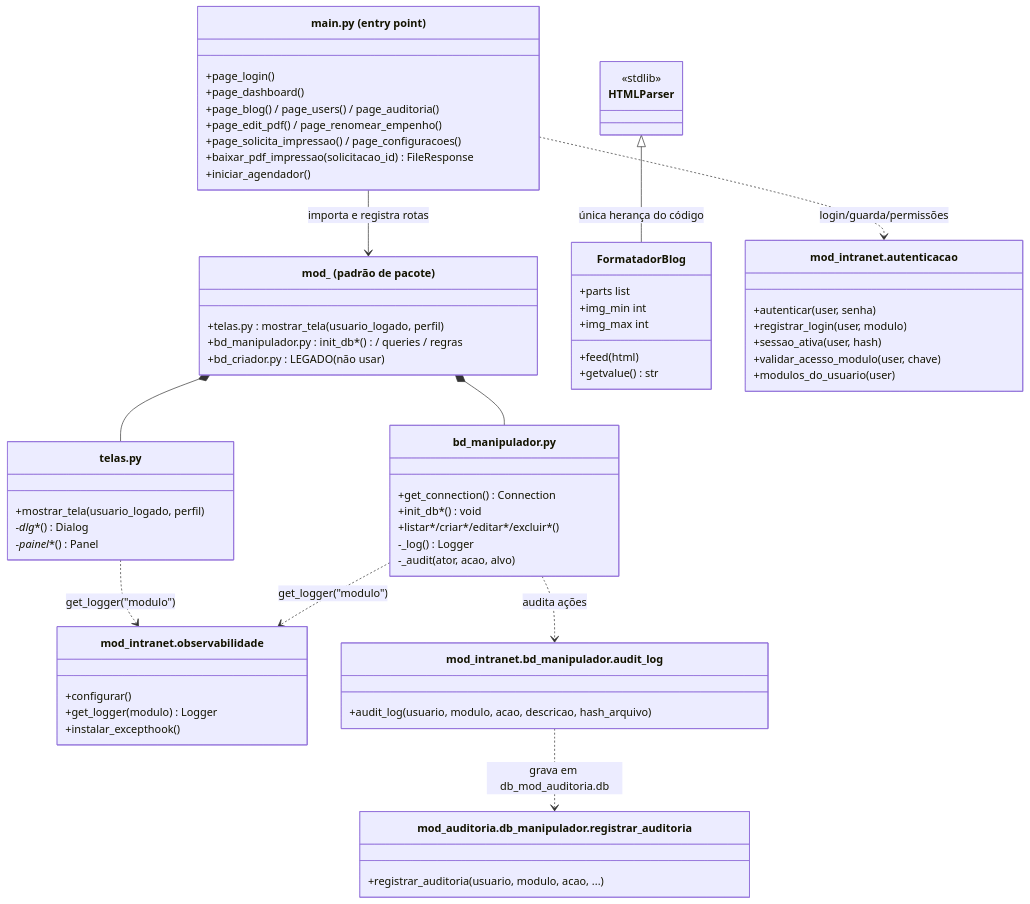
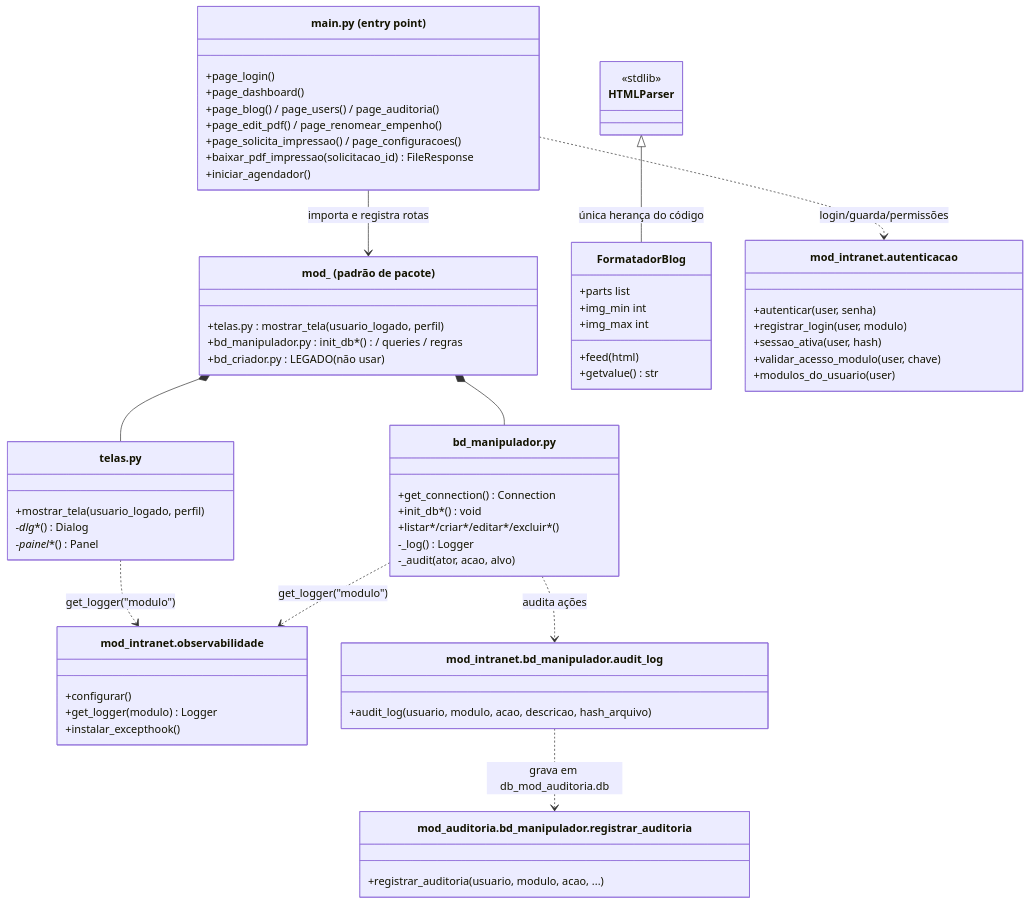
The third of 3 diagrams in docs/requisitos.md (klaytonPrinceMS/intranet), drawn with Mermaid before and after one commit. The commit also changed 37 other files, not shown here.

````diff
--- a/docs/requisitos.md
+++ b/docs/requisitos.md
@@ -484,67 +484,67 @@
 ```mermaid
 classDiagram
     class main_py["main.py (entry point)"] {
         +page_login()
         +page_dashboard()
         +page_blog() / page_users() / page_auditoria()
         +page_edit_pdf() / page_renomear_empenho()
         +page_solicita_impressao() / page_configuracoes()
         +baixar_pdf_impressao(solicitacao_id) FileResponse
         +iniciar_agendador()
     }
     class ModuloNegocio["mod_<nome> (padrão de pacote)"] {
         +telas.py : mostrar_tela(usuario_logado, perfil)
         +bd_manipulador.py : init_db*() / queries / regras
         +bd_criador.py : LEGADO (não usar)
     }
     class ManipuladorBD["bd_manipulador.py"] {
         +get_connection() Connection
         +init_db*() void
         +listar*/criar*/editar*/excluir*()
         -_log() Logger
         -_audit(ator, acao, alvo)
     }
     class Telas["telas.py"] {
         +mostrar_tela(usuario_logado, perfil)
         -_dlg_*() Dialog
         -_painel_*() Panel
     }
     class FormatadorBlog {
         +parts list
         +img_min int
         +img_max int
         +feed(html)
         +getvalue() str
     }
     class HTMLParser {
         <<stdlib>>
     }
     class Observabilidade["mod_intranet.observabilidade"] {
         +configurar()
         +get_logger(modulo) Logger
         +instalar_excepthook()
     }
     class Autenticacao["mod_intranet.autenticacao"] {
         +autenticar(user, senha)
         +registrar_login(user, modulo)
         +sessao_ativa(user, hash)
         +validar_acesso_modulo(user, chave)
         +modulos_do_usuario(user)
     }
     class AuditLog["mod_intranet.bd_manipulador.audit_log"] {
         +audit_log(usuario, modulo, acao, descricao, hash_arquivo)
     }
-    class RegistrarAuditoria["mod_auditoria.db_manipulador.registrar_auditoria"] {
+    class RegistrarAuditoria["mod_auditoria.bd_manipulador.registrar_auditoria"] {
         +registrar_auditoria(usuario, modulo, acao, ...)
     }
 
     main_py --> ModuloNegocio : importa e registra rotas
     ModuloNegocio *-- ManipuladorBD
     ModuloNegocio *-- Telas
     HTMLParser <|-- FormatadorBlog : única herança do código
     Telas ..> Observabilidade : get_logger("modulo")
     ManipuladorBD ..> Observabilidade : get_logger("modulo")
     ManipuladorBD ..> AuditLog : audita ações
     AuditLog ..> RegistrarAuditoria : grava em db_mod_auditoria.db
     main_py ..> Autenticacao : login/guarda/permissões
 ```
````
